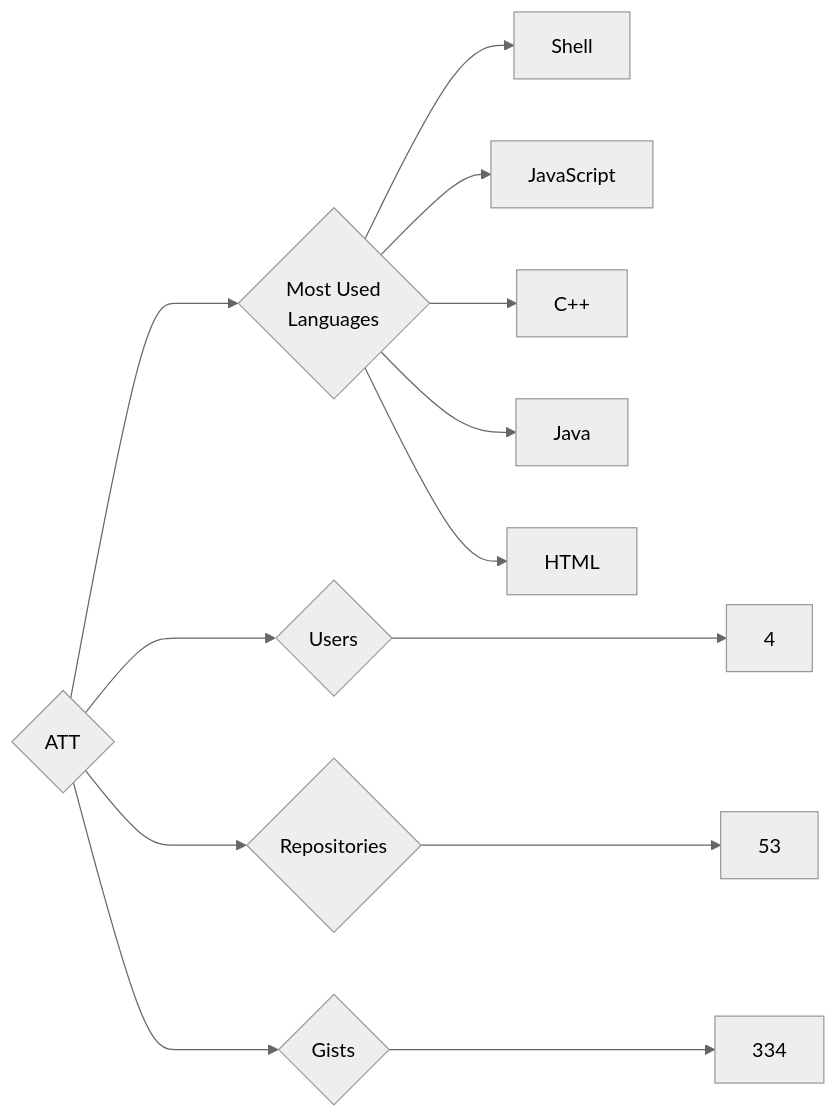
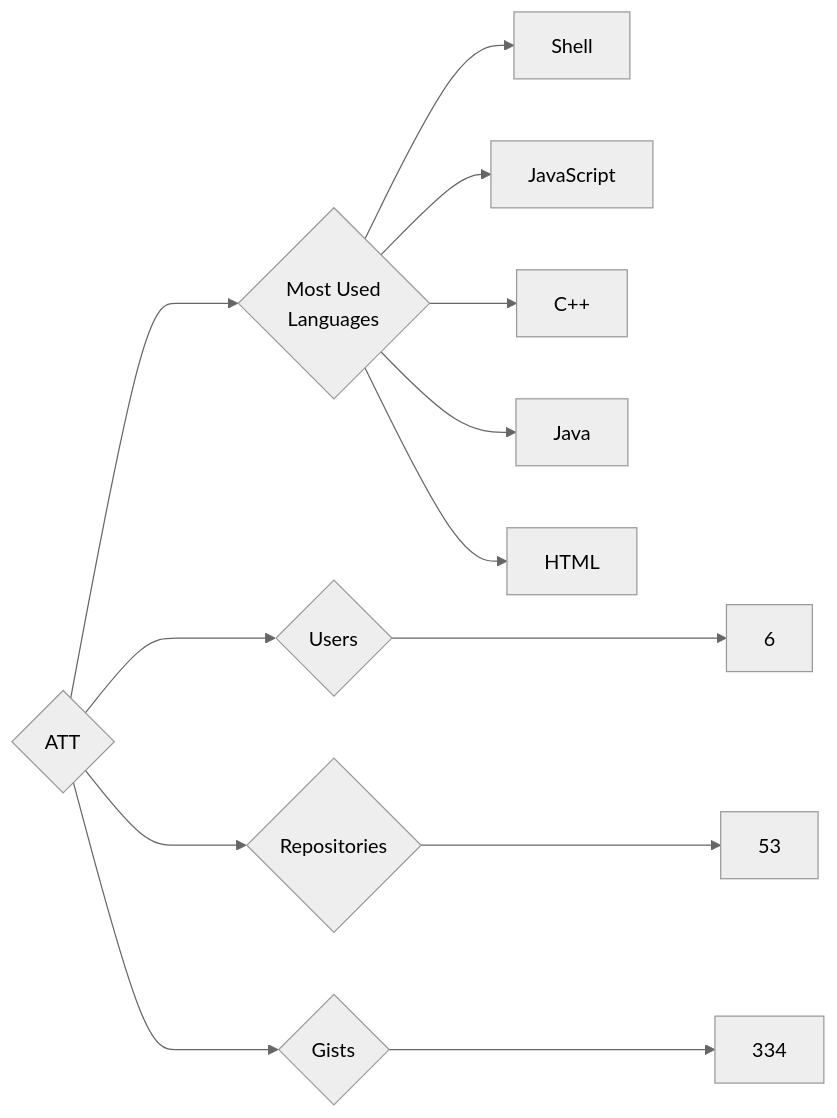
The diagram in targets/ATT/README.md (trickest/insiders), drawn with Mermaid (neutral theme) before and after one commit. The commit also changed 874 other files, not shown here.

````diff
--- a/targets/ATT/README.md
+++ b/targets/ATT/README.md
@@ -3,13 +3,13 @@
 ```mermaid
 graph LR
 COMPANY_NAME{ATT}
-COMPANY_NAME ---> U{Users} ---> UN[4]
+COMPANY_NAME ---> U{Users} ---> UN[6]
 COMPANY_NAME ---> R{Repositories} ---> RN[53]
 COMPANY_NAME ---> G{Gists} ---> GN[334]
 COMPANY_NAME ---> ML{Most Used<br>Languages}
 ML --> Shell[Shell]
 ML --> JavaScript[JavaScript]
 ML --> C++[C++]
 ML --> Java[Java]
 ML --> HTML[HTML]
 ```
````
